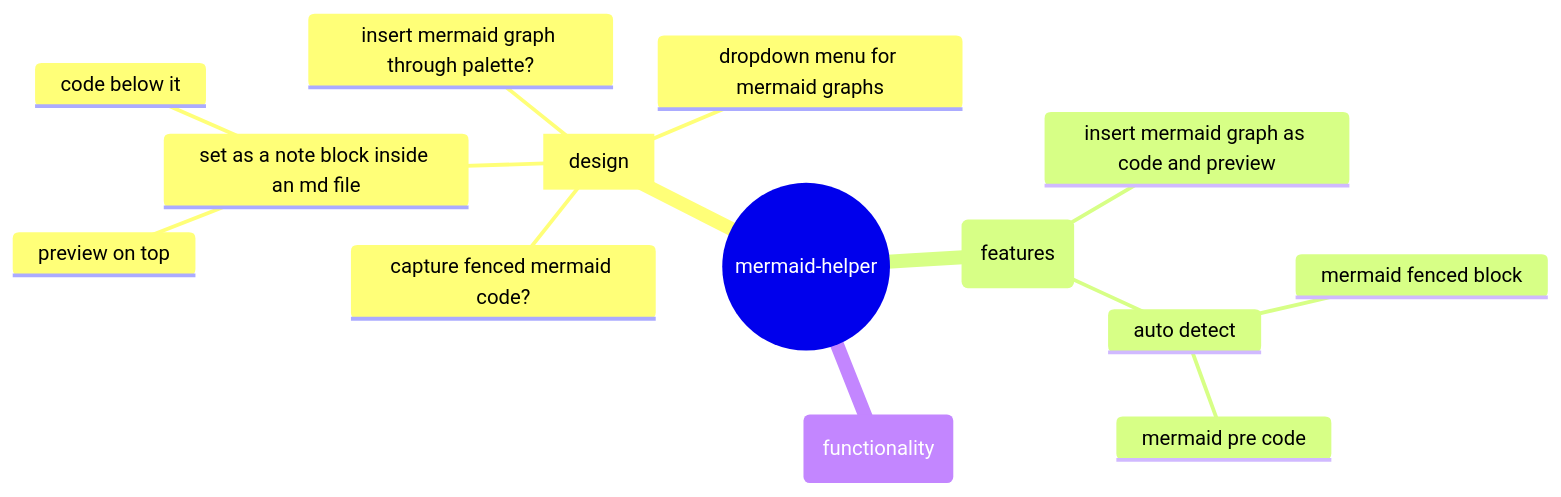
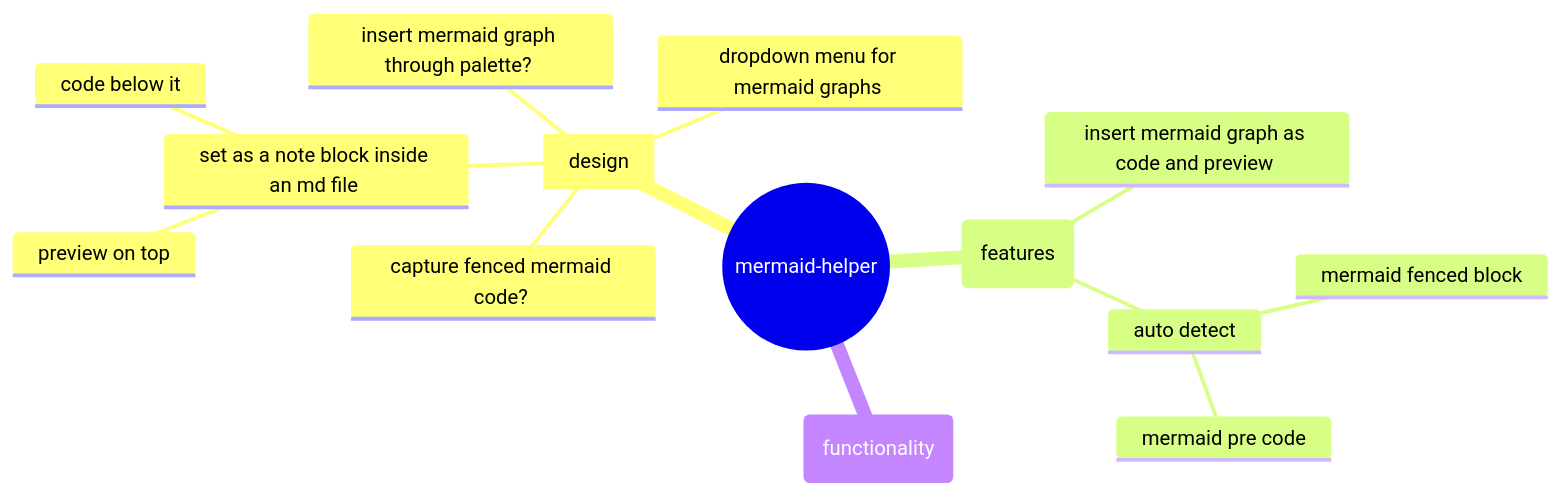
The diagram in notes/mermaidjs-helper.md (voiceinthedark/zettlekasten), drawn with Mermaid before and after one commit. The commit also changed other lines of this file and 9 other files, not shown here.

````diff
--- a/notes/mermaidjs-helper.md
+++ b/notes/mermaidjs-helper.md
@@ -4,17 +4,17 @@
 ```mermaid!
 mindmap
-    root((mermaid-helper))
-        [design]
-            insert mermaid graph through palette?
-            capture fenced mermaid code?
-            dropdown menu for mermaid graphs
-            set as a note block inside an md file
-                preview on top
-                code below it
-        (features)
-            insert mermaid graph as code and preview
-            auto detect
-                mermaid fenced block
-                mermaid pre code
+    root((mermaid-helper)) 
+        [design] 
+            insert mermaid graph through palette? 
+            capture fenced mermaid code? 
+            dropdown menu for mermaid graphs 
+            set as a note block inside an md file 
+                preview on top 
+                code below it 
+        (features) 
+            insert mermaid graph as code and preview 
+            auto detect 
+                mermaid fenced block 
+                mermaid pre code 
         (functionality)
 ```
````
